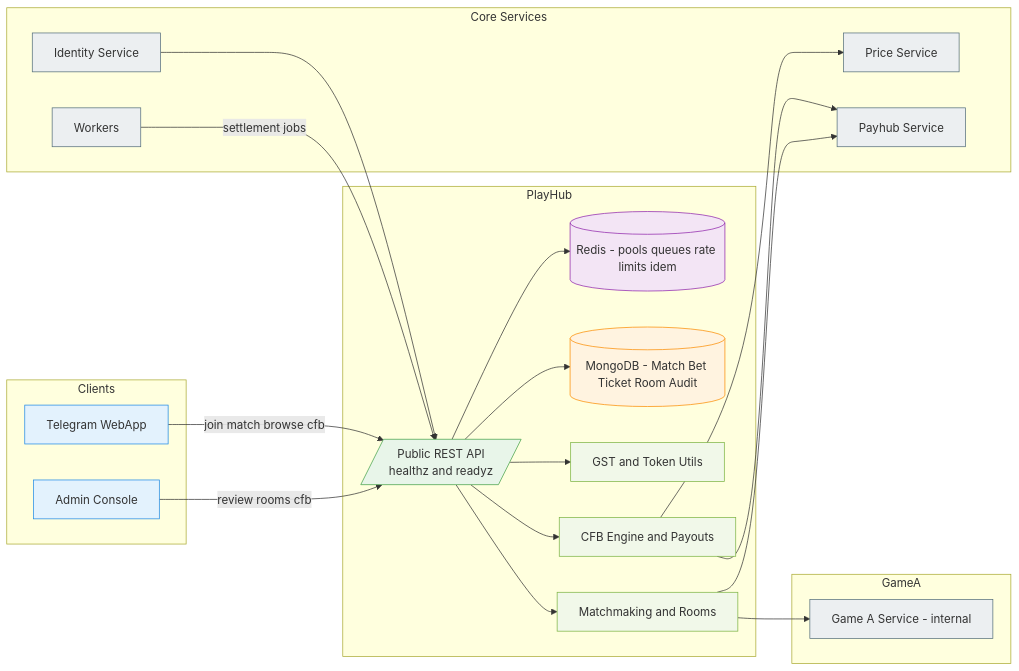
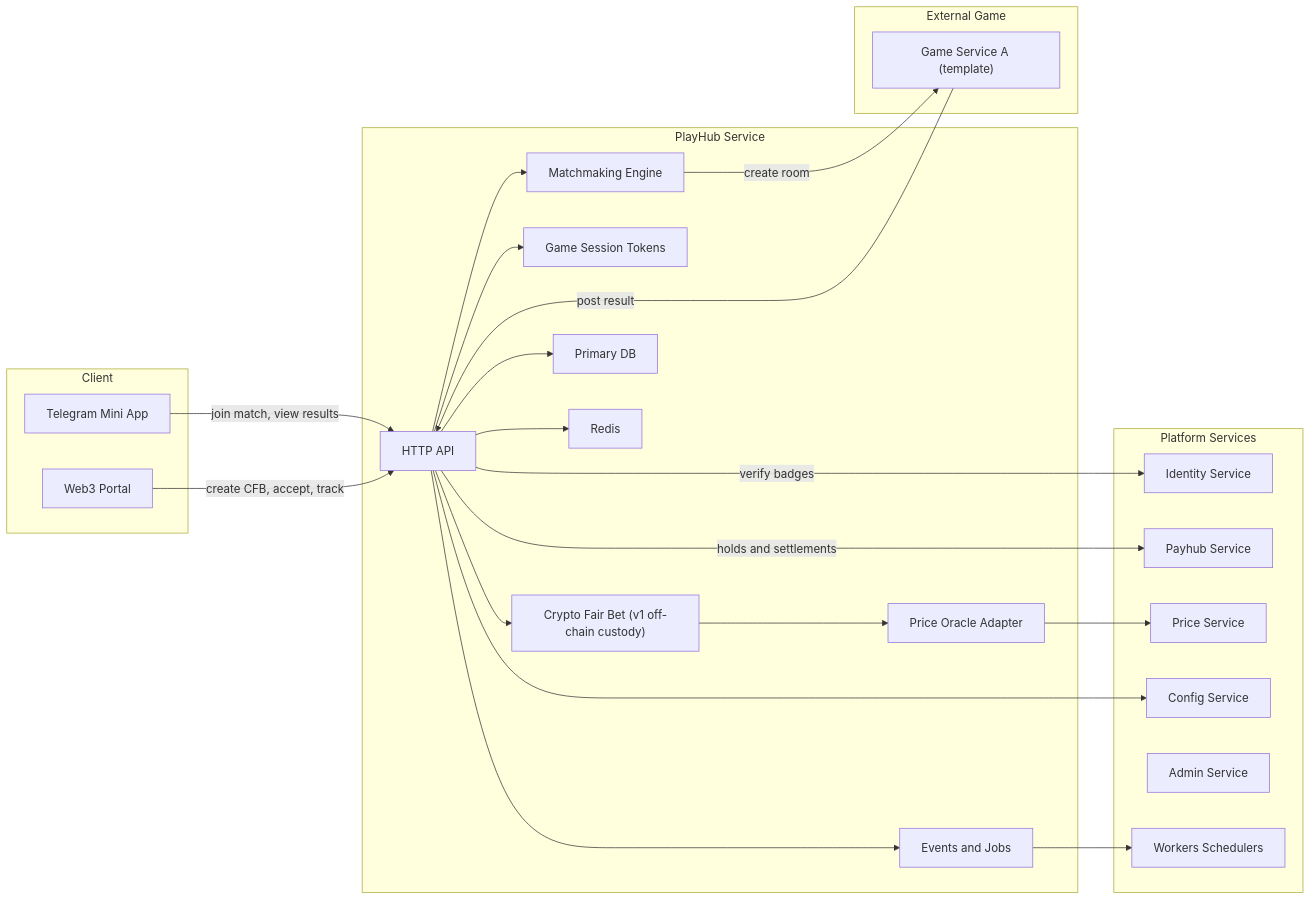
One commit to fuzeac/fuze-telegram-mini-app changed the first of 4 diagrams in miniapp-playhub-service.md. Above: the diagram before and after it, drawn with Mermaid. The commit also changed other lines of this file, not shown here.

````diff
--- a/miniapp-playhub-service.md
+++ b/miniapp-playhub-service.md
@@ -11,49 +11,51 @@
 ```mermaid
 flowchart LR
-  subgraph Clients
-    WEB[Telegram WebApp]:::client
-    ADMIN[Admin Console]:::client
+  subgraph Client
+    UI["Telegram Mini App"]
+    WEB["Web3 Portal"]
   end
 
-  subgraph PlayHub
-    API[/Public REST API\nhealthz and readyz/]:::svc
-    MM[Matchmaking and Rooms]:::logic
-    CFB[CFB Engine and Payouts]:::logic
-    AUTH[GST and Token Utils]:::logic
-    DB[(MongoDB - Match Bet Ticket Room Audit)]:::db
-    REDIS[(Redis - pools queues rate limits idem)]:::cache
+  subgraph "PlayHub Service"
+    API["HTTP API"]
+    MM["Matchmaking Engine"]
+    GST["Game Session Tokens"]
+    CFB["Crypto Fair Bet (v1 off-chain custody)"]
+    ORA["Price Oracle Adapter"]
+    EVQ["Events and Jobs"]
+    DB["Primary DB"]
+    CCH["Redis"]
   end
 
-  subgraph Core Services
-    IDP[Identity Service]:::peer
-    PAY[Payhub Service]:::peer
-    PRICE[Price Service]:::peer
-    WORK[Workers]:::peer
+  subgraph "Platform Services"
+    IDN["Identity Service"]
+    PAY["Payhub Service"]
+    PRC["Price Service"]
+    CFG["Config Service"]
+    ADM["Admin Service"]
+    WRK["Workers Schedulers"]
   end
 
-  subgraph GameA
-    GAPI[Game A Service - internal]:::peer
+  subgraph "External Game"
+    GMA["Game Service A (template)"]
   end
 
-  WEB -->|join match browse cfb| API
-  ADMIN -->|review rooms cfb| API
+  UI -->|join match, view results| API
+  WEB -->|create CFB, accept, track| API
 
   API --> MM
+  API --> GST
   API --> CFB
-  API --> AUTH
   API --> DB
-  API --> REDIS
-  MM --> GAPI
-  MM --> PAY
-  CFB --> PAY
-  CFB --> PRICE
-  WORK -->|settlement jobs| API
-  IDP --> API
+  API --> CCH
+  API --> EVQ
 
-  classDef client fill:#E3F2FD,stroke:#1E88E5;
-  classDef svc fill:#E8F5E9,stroke:#43A047;
-  classDef logic fill:#F1F8E9,stroke:#7CB342;
-  classDef db fill:#FFF3E0,stroke:#FB8C00;
-  classDef cache fill:#F3E5F5,stroke:#8E24AA;
-  classDef peer fill:#ECEFF1,stroke:#546E7A;
+  MM -->|create room| GMA
+  GMA -->|post result| API
+
+  API -->|verify badges| IDN
+  API -->|holds and settlements| PAY
+  CFB --> ORA
+  ORA --> PRC
+  API --> CFG
+  EVQ --> WRK
 ```
````
